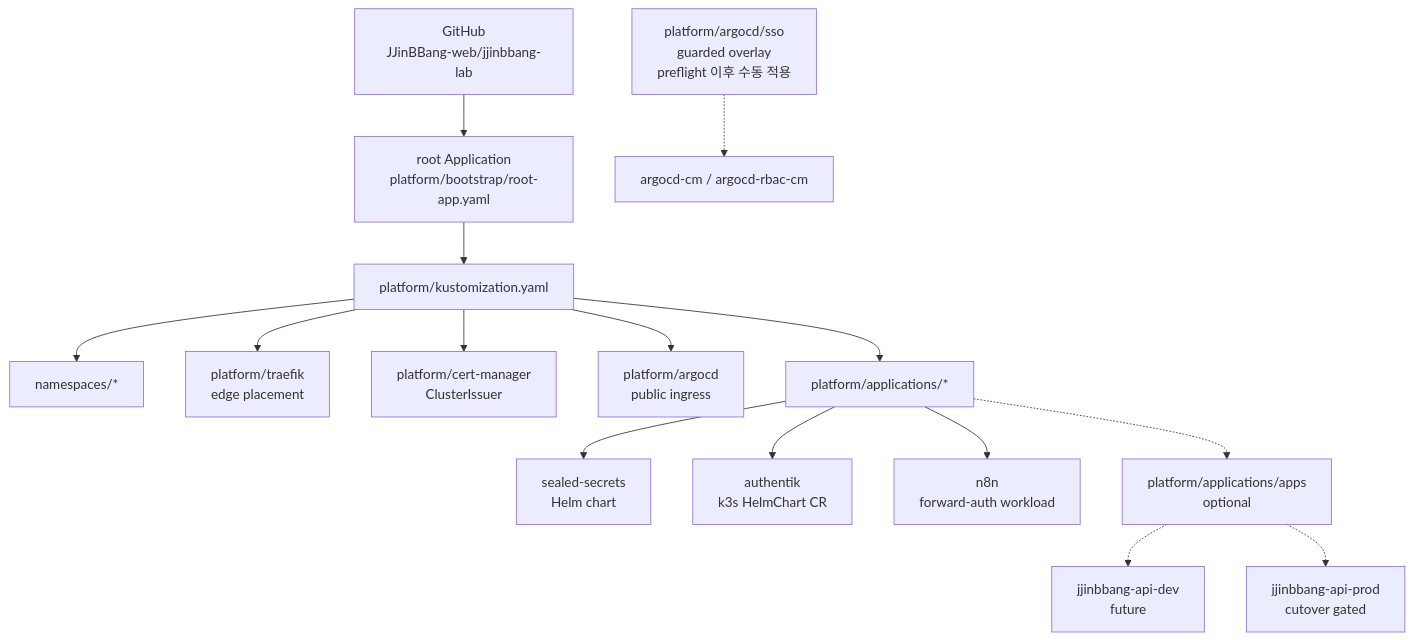
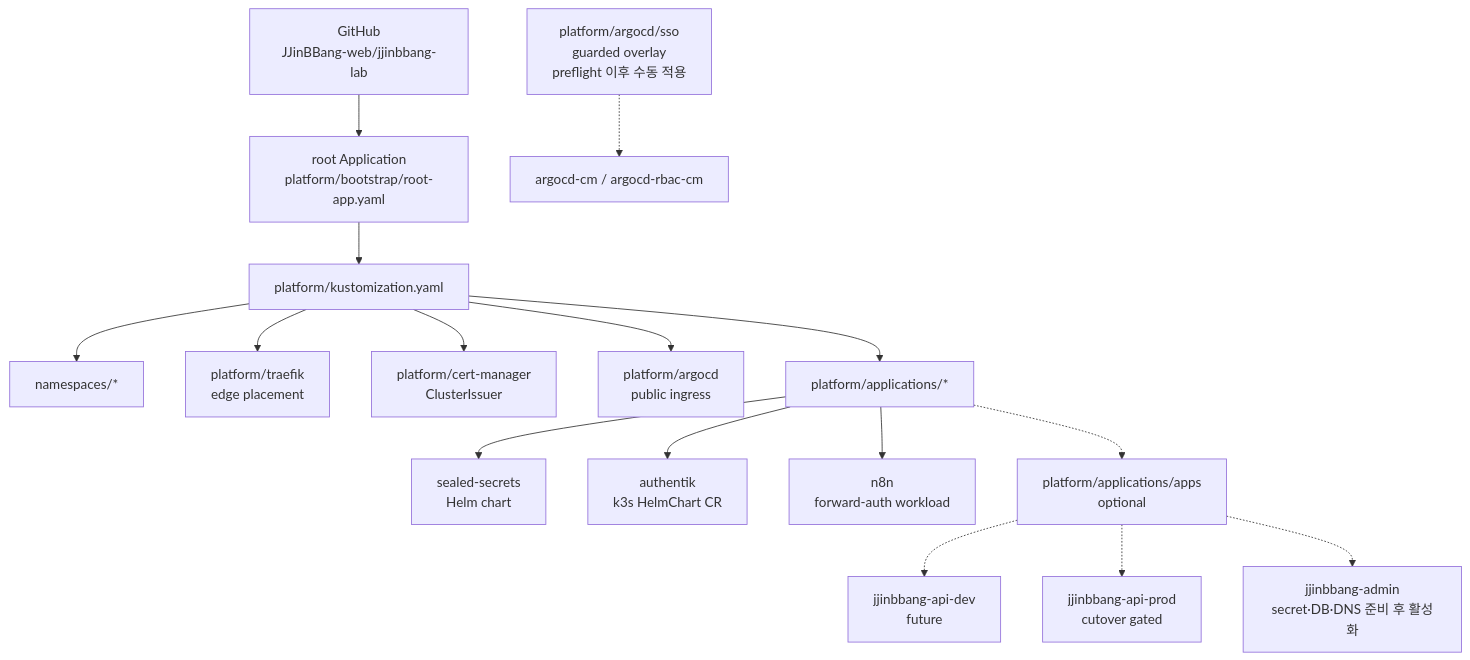
One commit to JJinBBang-web/jjinbbang-lab changed the second of 3 diagrams in README.md. Above: the diagram before and after it, drawn with Mermaid. The commit also changed other lines of this file and 14 other files, not shown here.

````diff
--- a/README.md
+++ b/README.md
@@ -71,21 +72,22 @@
 ```mermaid
 flowchart TB
   Git["GitHub<br/>JJinBBang-web/jjinbbang-lab"] --> Root["root Application<br/>platform/bootstrap/root-app.yaml"]
   Root --> Platform["platform/kustomization.yaml"]
 
   Platform --> NS["namespaces/*"]
   Platform --> Traefik["platform/traefik<br/>edge placement"]
   Platform --> Issuer["platform/cert-manager<br/>ClusterIssuer"]
   Platform --> ArgoIngress["platform/argocd<br/>public ingress"]
   Platform --> Apps["platform/applications/*"]
 
   Apps --> Sealed["sealed-secrets<br/>Helm chart"]
   Apps --> Authentik["authentik<br/>k3s HelmChart CR"]
   Apps --> N8N["n8n<br/>forward-auth workload"]
 
   Apps -.-> AppApps["platform/applications/apps<br/>optional"]
   AppApps -.-> ApiDev["jjinbbang-api-dev<br/>future"]
   AppApps -.-> ApiProd["jjinbbang-api-prod<br/>cutover gated"]
+  AppApps -.-> Admin["jjinbbang-admin<br/>secret·DB·DNS 준비 후 활성화"]
 
   SSO["platform/argocd/sso<br/>guarded overlay<br/>preflight 이후 수동 적용"] -.-> ArgoSSO["argocd-cm / argocd-rbac-cm"]
 ```
````
